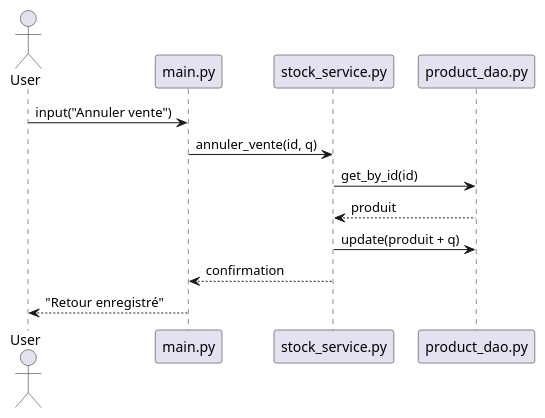
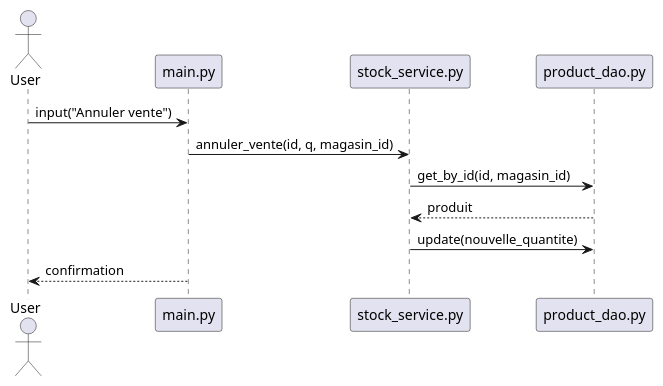
The diagram in docs/UML/sequence_diagrams/annulation_vente.puml (Ludo67/LOG430-Lab0), drawn with PlantUML before and after one commit. The commit also changed 19 other files, not shown here.

```diff
--- a/docs/UML/sequence_diagrams/annulation_vente.puml
+++ b/docs/UML/sequence_diagrams/annulation_vente.puml
@@ -1,14 +1,13 @@
 @startuml sequence_diagram_annulation
 actor User
 participant "main.py" as Main
-participant "stock_service.py" as Service
+participant "stock_service.py" as Stock
 participant "product_dao.py" as DAO
 
 User -> Main : input("Annuler vente")
-Main -> Service : annuler_vente(id, q)
-Service -> DAO : get_by_id(id)
-DAO --> Service : produit
-Service -> DAO : update(produit + q)
-Service --> Main : confirmation
-Main --> User : "Retour enregistré"
+Main -> Stock : annuler_vente(id, q, magasin_id)
+Stock -> DAO : get_by_id(id, magasin_id)
+DAO --> Stock : produit
+Stock -> DAO : update(nouvelle_quantite)
+Main --> User : confirmation
 @enduml
```
